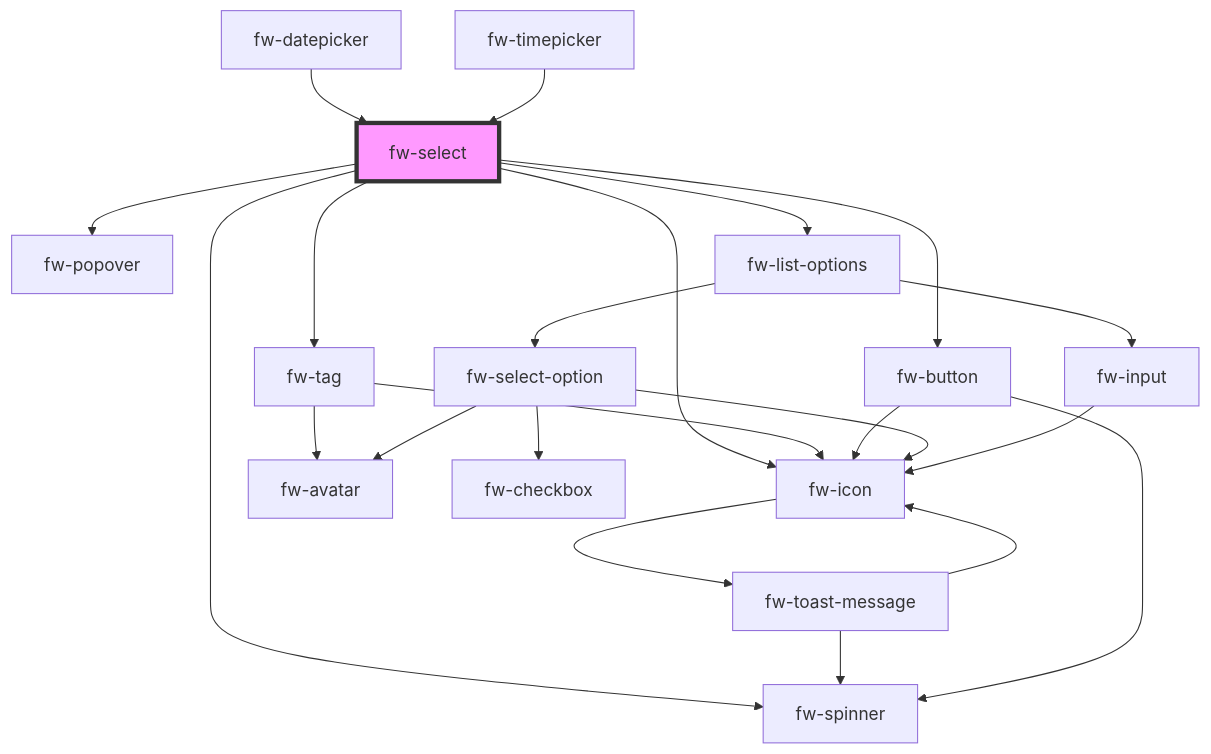
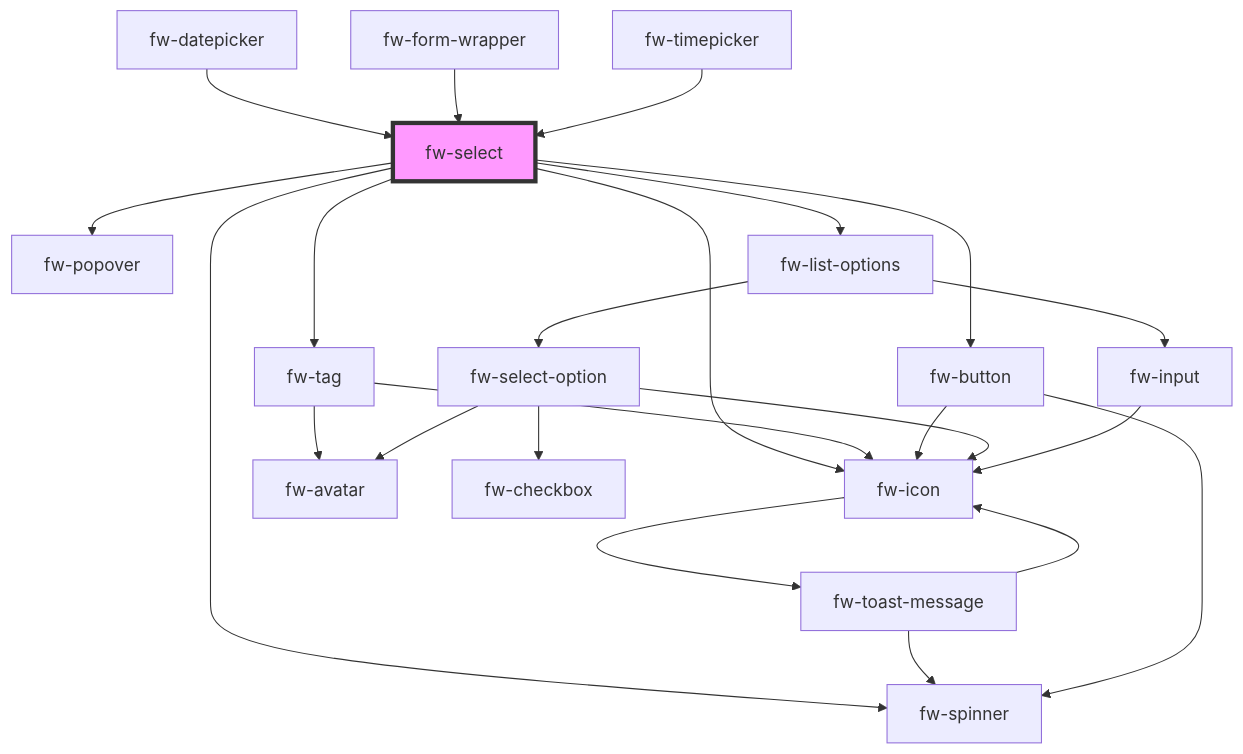
The diagram in packages/crayons-core/src/components/select/readme.md (freshworks/crayons), drawn with Mermaid before and after one commit. The commit also changed other lines of this file and 11 other files, not shown here.

Commit message:
feat(fw-form): form handlers added for select

````diff
--- a/packages/crayons-core/src/components/select/readme.md
+++ b/packages/crayons-core/src/components/select/readme.md
@@ -1003,25 +1007,26 @@
 ```mermaid
 graph TD;
   fw-select --> fw-tag
   fw-select --> fw-popover
   fw-select --> fw-button
   fw-select --> fw-spinner
   fw-select --> fw-icon
   fw-select --> fw-list-options
   fw-tag --> fw-avatar
   fw-tag --> fw-icon
   fw-icon --> fw-toast-message
   fw-toast-message --> fw-spinner
   fw-toast-message --> fw-icon
   fw-button --> fw-spinner
   fw-button --> fw-icon
   fw-list-options --> fw-select-option
   fw-list-options --> fw-input
   fw-select-option --> fw-icon
   fw-select-option --> fw-checkbox
   fw-select-option --> fw-avatar
   fw-input --> fw-icon
   fw-datepicker --> fw-select
+  fw-form-wrapper --> fw-select
   fw-timepicker --> fw-select
   style fw-select fill:#f9f,stroke:#333,stroke-width:4px
 ```
````
